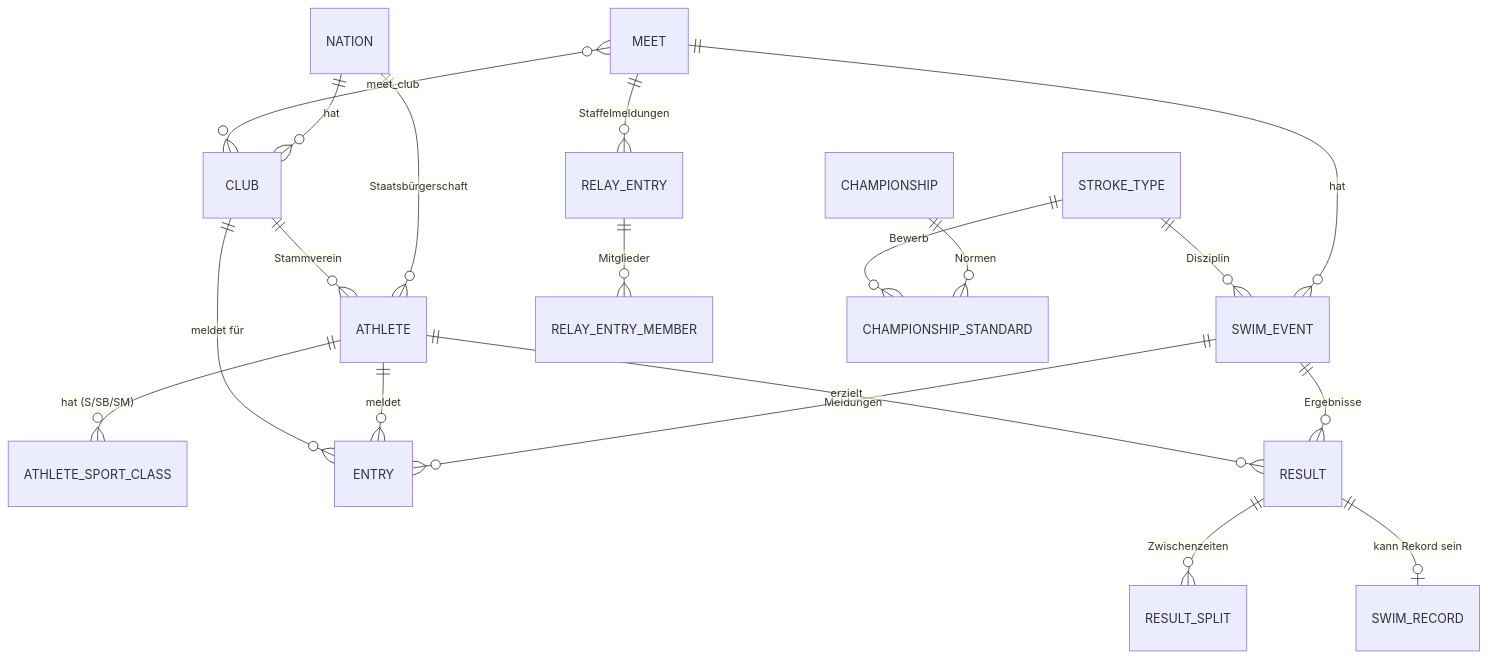
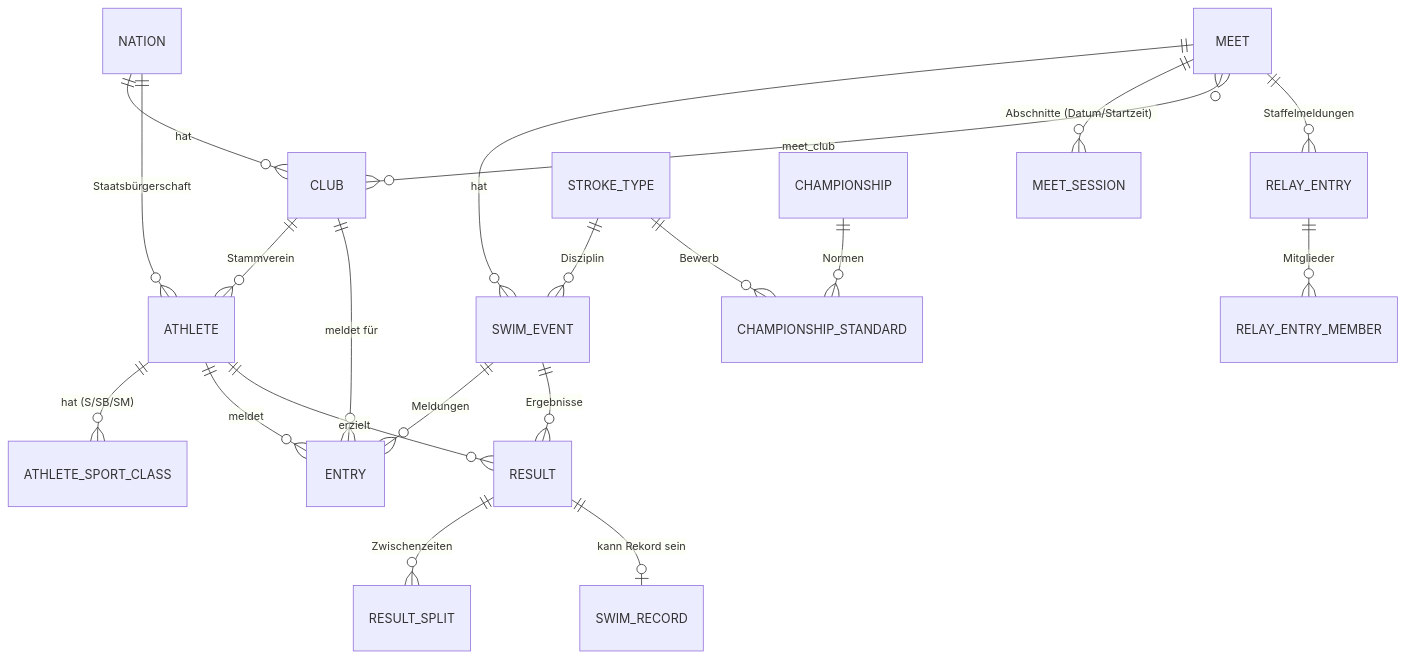
One commit to urshar/para-swimming changed the diagram in docs/data-model.md. Above: the diagram before and after it, drawn with Mermaid. The commit also changed other lines of this file and 14 other files, not shown here.

First line of the commit message:
Abschnitte (Sessions) mit Datum und Startzeit

````diff
--- a/docs/data-model.md
+++ b/docs/data-model.md
@@ -22,21 +22,22 @@
 ```mermaid
 erDiagram
     NATION ||--o{ CLUB: "hat"
     NATION ||--o{ ATHLETE: "Staatsbürgerschaft"
     CLUB ||--o{ ATHLETE: "Stammverein"
     ATHLETE ||--o{ ATHLETE_SPORT_CLASS: "hat (S/SB/SM)"
     MEET ||--o{ SWIM_EVENT: "hat"
+    MEET ||--o{ MEET_SESSION: "Abschnitte (Datum/Startzeit)"
     MEET }o--o{ CLUB: "meet_club"
     SWIM_EVENT ||--o{ ENTRY: "Meldungen"
     SWIM_EVENT ||--o{ RESULT: "Ergebnisse"
     ATHLETE ||--o{ ENTRY: "meldet"
     ATHLETE ||--o{ RESULT: "erzielt"
     CLUB ||--o{ ENTRY: "meldet für"
     RESULT ||--o{ RESULT_SPLIT: "Zwischenzeiten"
     MEET ||--o{ RELAY_ENTRY: "Staffelmeldungen"
     RELAY_ENTRY ||--o{ RELAY_ENTRY_MEMBER: "Mitglieder"
     STROKE_TYPE ||--o{ SWIM_EVENT: "Disziplin"
     RESULT ||--o| SWIM_RECORD: "kann Rekord sein"
     CHAMPIONSHIP ||--o{ CHAMPIONSHIP_STANDARD: "Normen"
     STROKE_TYPE ||--o{ CHAMPIONSHIP_STANDARD: "Bewerb"
 ```
````
